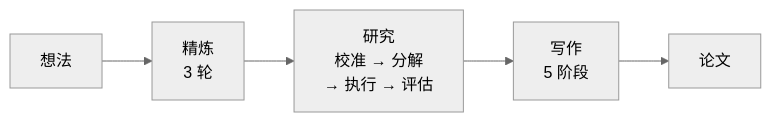
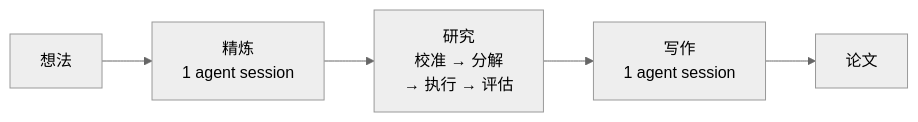
One commit to dozybot001/MAARS changed the first of 2 diagrams in README_CN.md. Above: the diagram before and after it, drawn with Mermaid (neutral theme). The commit also changed other lines of this file and 292 other files, not shown here.

````diff
--- a/README_CN.md
+++ b/README_CN.md
@@ -11,4 +11,4 @@
 ```mermaid
 flowchart LR
-    I[想法] --> R["精炼\n3 轮"] --> RS["研究\n校准 → 分解\n→ 执行 → 评估"] --> W["写作\n5 阶段"] --> O[论文]
+    I[想法] --> R["精炼\n1 agent session"] --> RS["研究\n校准 → 分解\n→ 执行 → 评估"] --> W["写作\n1 agent session"] --> O[论文]
 ```
````
